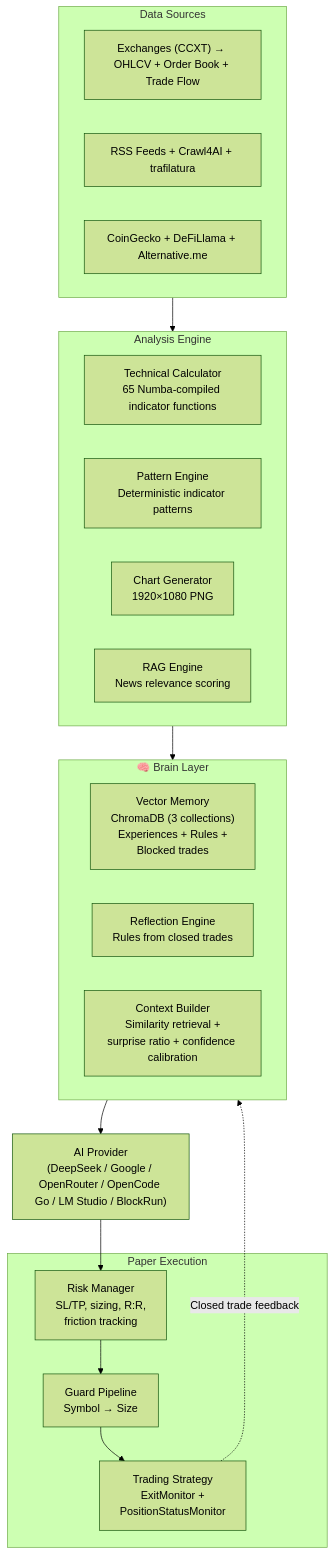
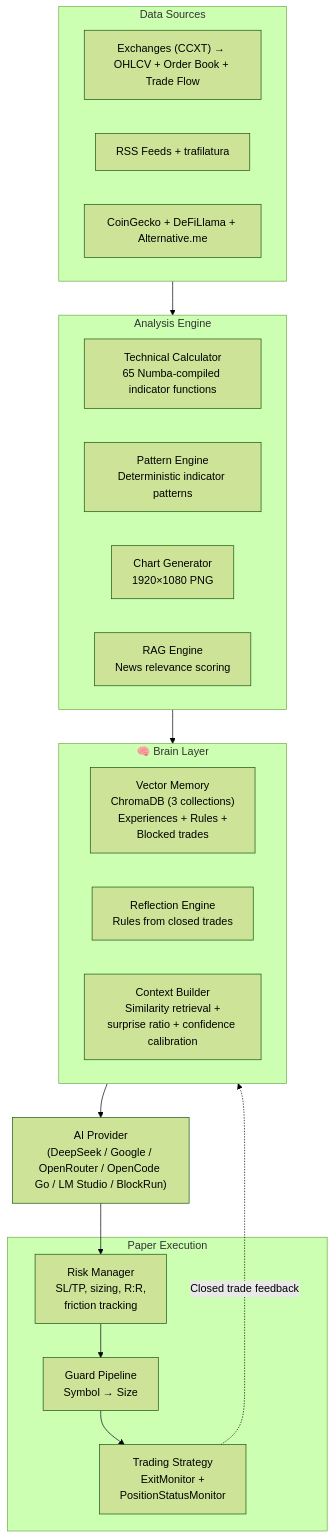
One commit to qrak/LLM_trader changed the diagram in README.md. Above: the diagram before and after it, drawn with Mermaid (forest theme). The commit also changed other lines of this file and 19 other files, not shown here.

````diff
--- a/README.md
+++ b/README.md
@@ -104,29 +104,29 @@
 ```mermaid
 flowchart TB
     subgraph Data["Data Sources"]
         EX["Exchanges (CCXT) → OHLCV + Order Book + Trade Flow"]
-        NEWS["RSS Feeds + Crawl4AI + trafilatura"]
+        NEWS["RSS Feeds + trafilatura"]
         FUND["CoinGecko + DeFiLlama + Alternative.me"]
     end
     subgraph Analysis["Analysis Engine"]
         TC["Technical Calculator<br/>65 Numba-compiled indicator functions"]
         PE["Pattern Engine<br/>Deterministic indicator patterns"]
         CG["Chart Generator<br/>1920×1080 PNG"]
         RAG["RAG Engine<br/>News relevance scoring"]
     end
     subgraph Brain["🧠 Brain Layer"]
         VM["Vector Memory<br/>ChromaDB (3 collections)<br/>Experiences + Rules +<br/>Blocked trades"]
         REFL["Reflection Engine<br/>Rules from closed trades"]
         CTX["Context Builder<br/>Similarity retrieval +<br/>surprise ratio + confidence calibration"]
     end
     subgraph Execution["Paper Execution"]
         RP["Risk Manager<br/>SL/TP, sizing, R:R,<br/>friction tracking"]
         GP["Guard Pipeline<br/>Symbol → Size"]
         STRAT["Trading Strategy<br/>ExitMonitor +<br/>PositionStatusMonitor"]
     end
     Data --> Analysis
     Analysis --> Brain
     Brain --> AI["AI Provider<br/>(DeepSeek / Google / OpenRouter / OpenCode Go / LM Studio / BlockRun)"]
     AI --> RP --> GP --> STRAT
     STRAT -.->|Closed trade feedback| Brain
 ```
````
